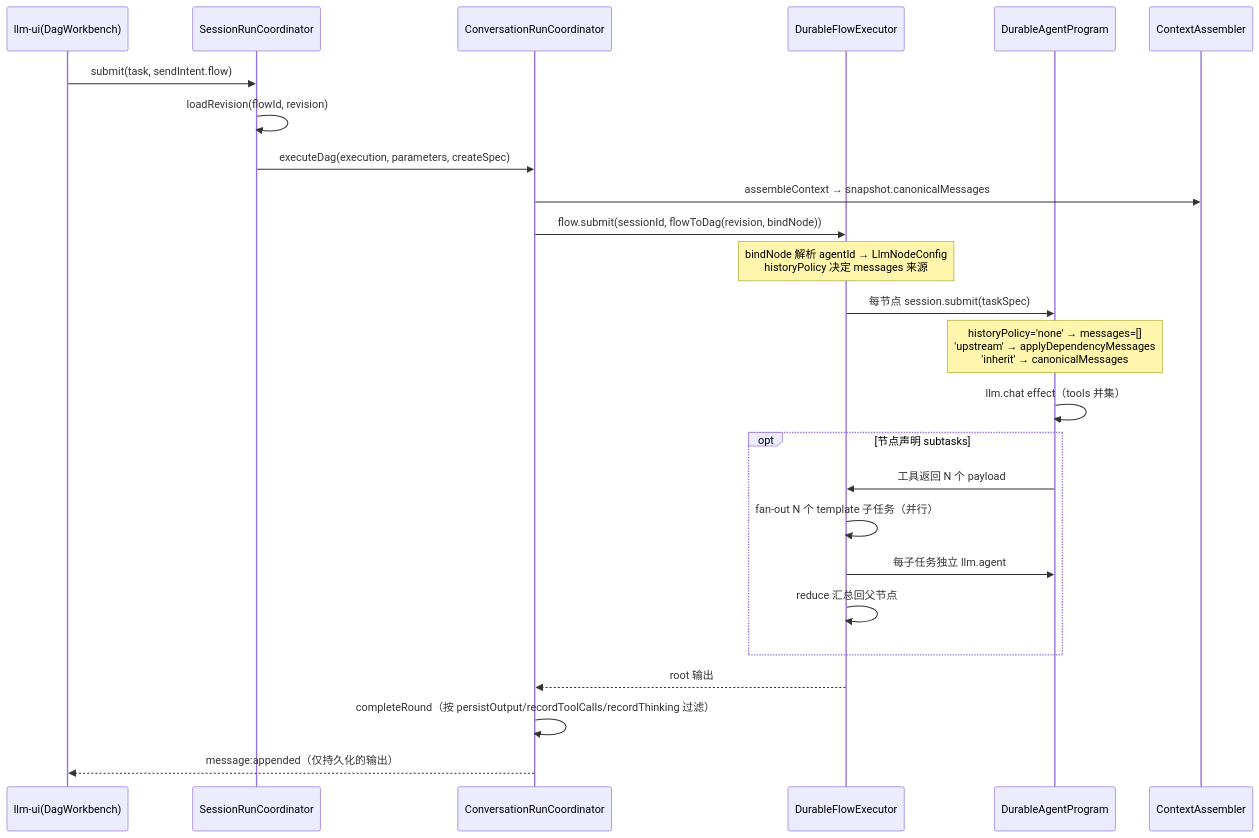
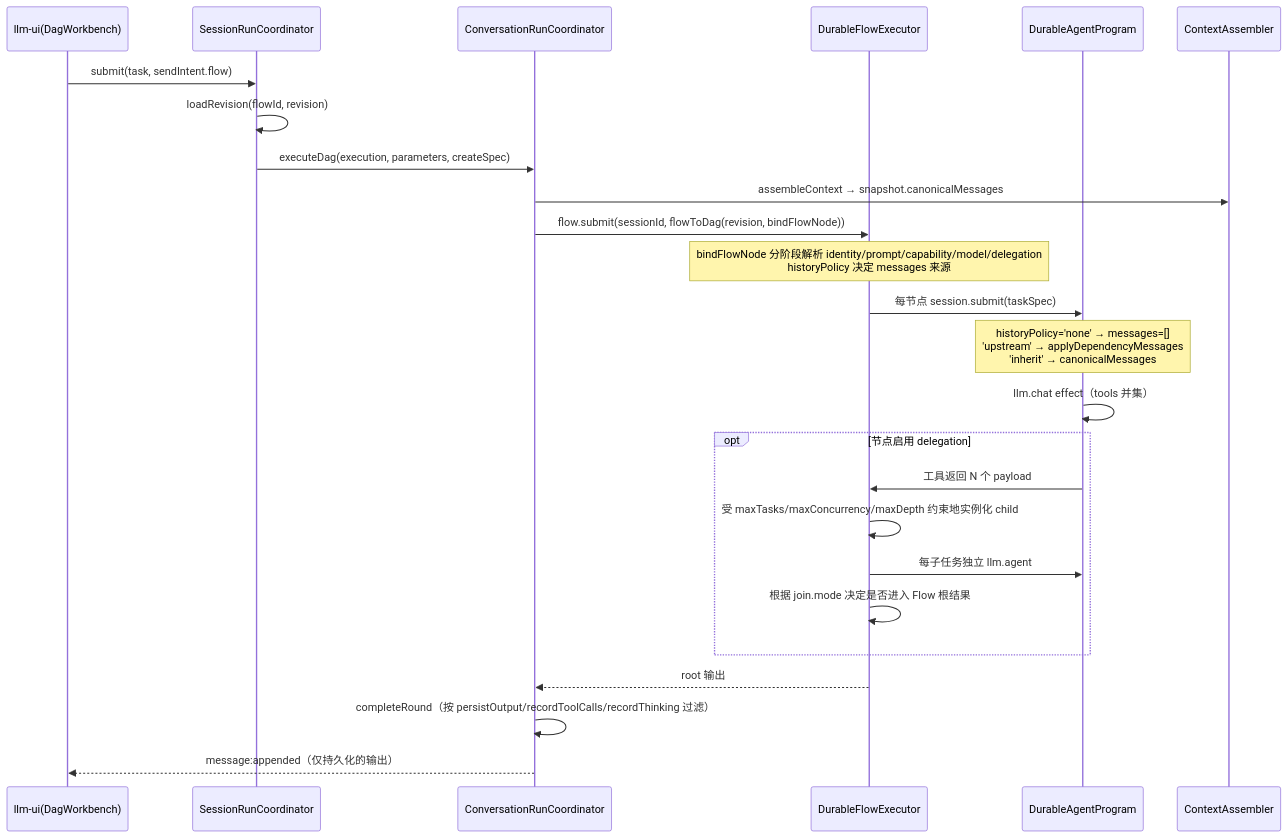
The fourth of 4 diagrams in doc/design/flow-execution-model.md (mushuanli/itookit), drawn with Mermaid before and after one commit. The commit also changed other lines of this file and 46 other files, not shown here.

First line of the commit message:
feat(flow): add structured delegation and flow-level agent defaults

````diff
--- a/doc/design/flow-execution-model.md
+++ b/doc/design/flow-execution-model.md
@@ -267,28 +309,28 @@
 ```mermaid
 sequenceDiagram
     participant UI as llm-ui(DagWorkbench)
     participant SRC as SessionRunCoordinator
     participant CRC as ConversationRunCoordinator
     participant FE as DurableFlowExecutor
     participant AP as DurableAgentProgram
     participant CA as ContextAssembler
 
     UI->>SRC: submit(task, sendIntent.flow)
     SRC->>SRC: loadRevision(flowId, revision)
     SRC->>CRC: executeDag(execution, parameters, createSpec)
     CRC->>CA: assembleContext → snapshot.canonicalMessages
-    CRC->>FE: flow.submit(sessionId, flowToDag(revision, bindNode))
-    Note over FE: bindNode 解析 agentId → LlmNodeConfig<br/>historyPolicy 决定 messages 来源
+    CRC->>FE: flow.submit(sessionId, flowToDag(revision, bindFlowNode))
+    Note over FE: bindFlowNode 分阶段解析 identity/prompt/capability/model/delegation<br/>historyPolicy 决定 messages 来源
     FE->>AP: 每节点 session.submit(taskSpec)
     Note over AP: historyPolicy='none' → messages=[]<br/>'upstream' → applyDependencyMessages<br/>'inherit' → canonicalMessages
     AP->>AP: llm.chat effect（tools 并集）
-    opt 节点声明 subtasks
+    opt 节点启用 delegation
         AP->>FE: 工具返回 N 个 payload
-        FE->>FE: fan-out N 个 template 子任务（并行）
+        FE->>FE: 受 maxTasks/maxConcurrency/maxDepth 约束地实例化 child
         FE->>AP: 每子任务独立 llm.agent
-        FE->>FE: reduce 汇总回父节点
+        FE->>FE: 根据 join.mode 决定是否进入 Flow 根结果
     end
     FE-->>CRC: root 输出
     CRC->>CRC: completeRound（按 persistOutput/recordToolCalls/recordThinking 过滤）
     CRC-->>UI: message:appended（仅持久化的输出）
 ```
````
